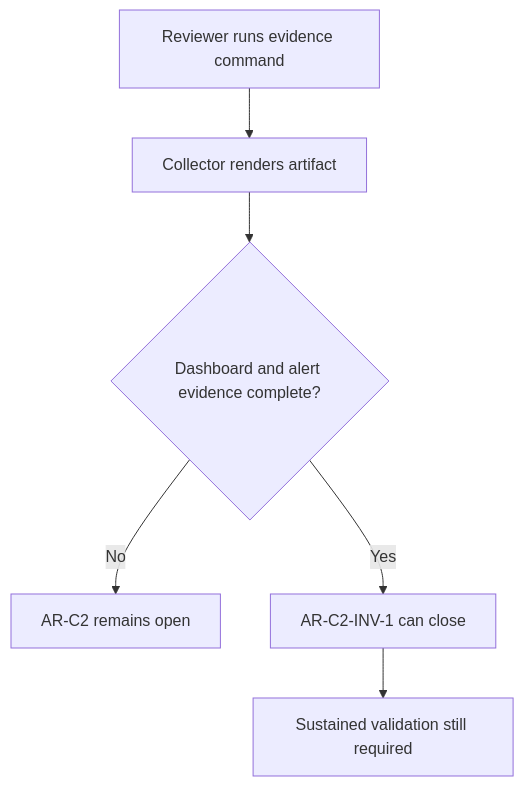
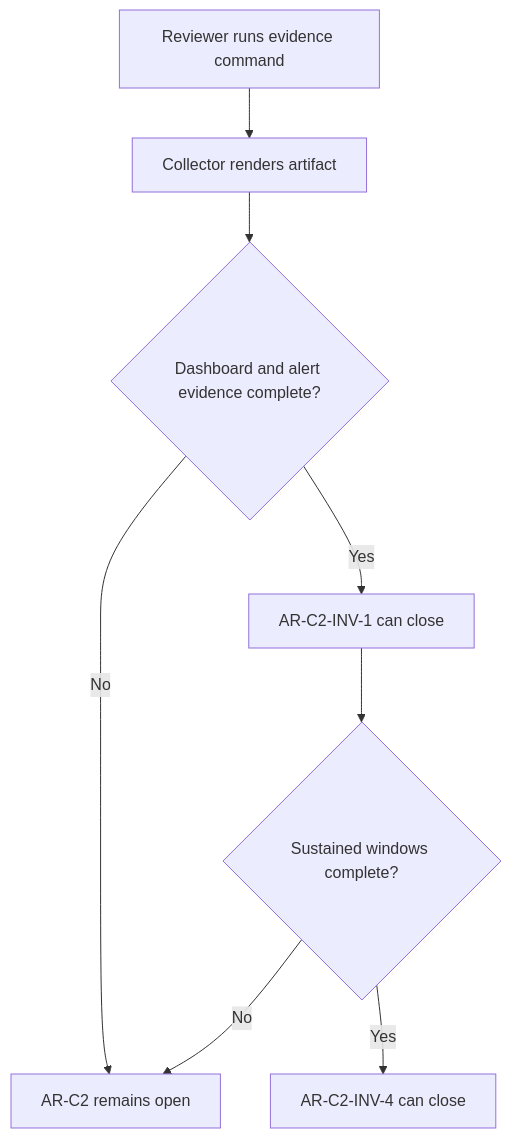
Before and after one commit to dunay2/dvt: the diagram in docs/architecture/components/engine/ops/ar-c2-immutable-evidence-gate-user-stories.md, drawn with Mermaid. The commit also changed other lines of this file and 8 other files, not shown here.

Commit message:
fix(docs): Enforce AR-C2 sustained validation evidence

````diff
--- a/docs/architecture/components/engine/ops/ar-c2-immutable-evidence-gate-user-stories.md
+++ b/docs/architecture/components/engine/ops/ar-c2-immutable-evidence-gate-user-stories.md
@@ -68,8 +95,10 @@
 ```mermaid
 flowchart TB
   Start["Reviewer runs evidence command"] --> Artifact["Collector renders artifact"]
   Artifact --> Gate{"Dashboard and alert evidence complete?"}
   Gate -->|No| Block["AR-C2 remains open"]
   Gate -->|Yes| Inv1["AR-C2-INV-1 can close"]
-  Inv1 --> Inv4["Sustained validation still required"]
+  Inv1 --> T4Gate{"Sustained windows complete?"}
+  T4Gate -->|No| Block
+  T4Gate -->|Yes| Inv4["AR-C2-INV-4 can close"]
 ```
````
